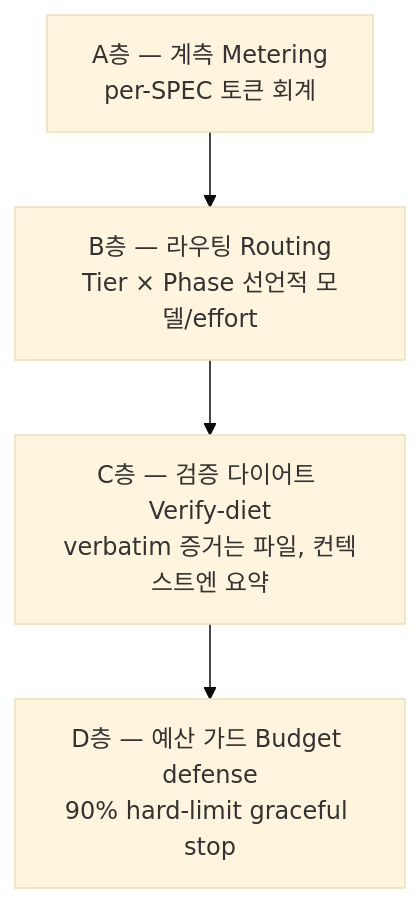
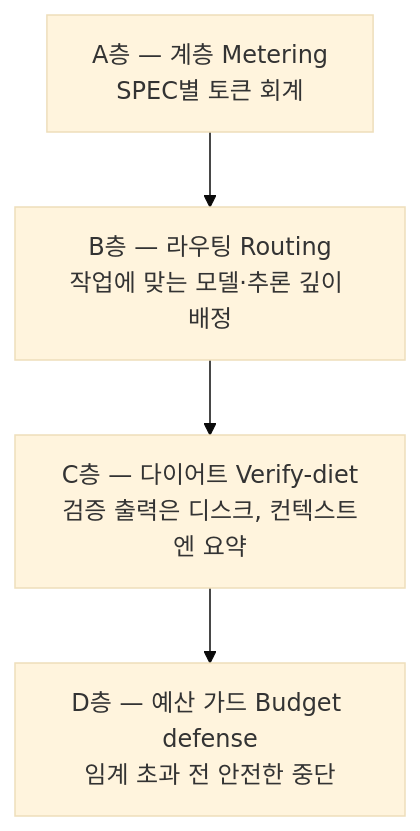
One commit to modu-ai/moai-adk changed the first of 2 diagrams in docs-site/content/ko/advanced/tokenomics-overview.md. Above: the diagram before and after it, drawn with Mermaid (base theme). The commit also changed other lines of this file and 14 other files, not shown here.

````diff
--- a/docs-site/content/ko/advanced/tokenomics-overview.md
+++ b/docs-site/content/ko/advanced/tokenomics-overview.md
@@ -33,11 +39,11 @@
 ```mermaid
 flowchart TD
-    A["A층 — 계측 Metering<br/>per-SPEC 토큰 회계"]
-    B["B층 — 라우팅 Routing<br/>Tier × Phase 선언적 모델/effort"]
-    C["C층 — 검증 다이어트 Verify-diet<br/>verbatim 증거는 파일, 컨텍스트엔 요약"]
-    D["D층 — 예산 가드 Budget defense<br/>90% hard-limit graceful stop"]
+    A["A층 — 계층 Metering<br/>SPEC별 토큰 회계"]
+    B["B층 — 라우팅 Routing<br/>작업에 맞는 모델·추론 깊이 배정"]
+    C["C층 — 다이어트 Verify-diet<br/>검증 출력은 디스크, 컨텍스트엔 요약"]
+    D["D층 — 예산 가드 Budget defense<br/>임계 초과 전 안전한 중단"]
 
     A --> B
     B --> C
     C --> D
 ```
````
